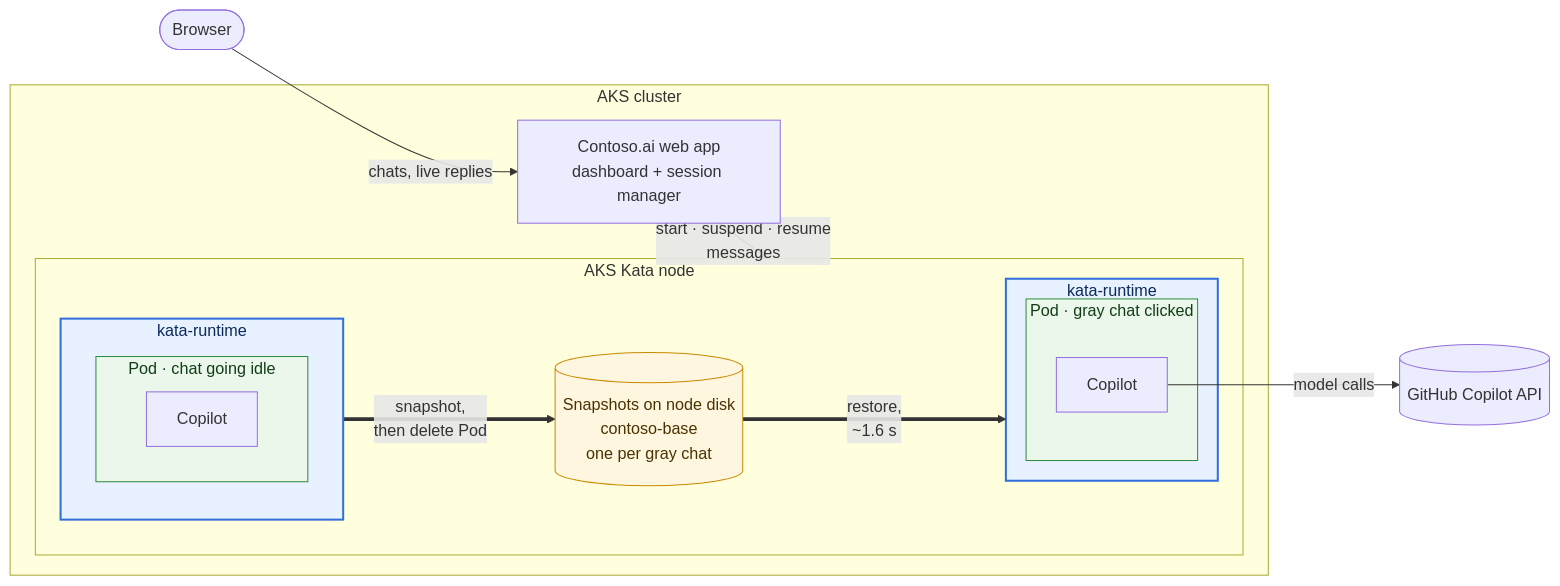
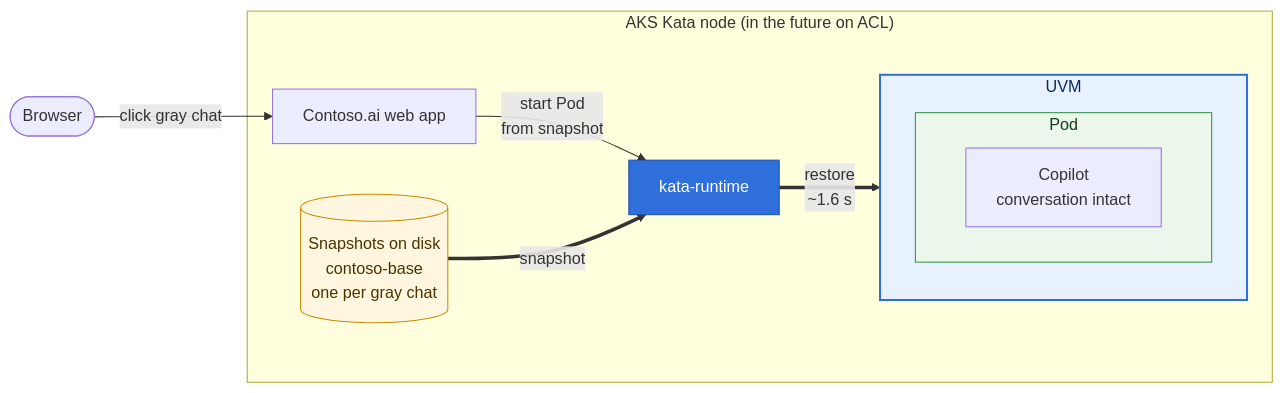
The second of 3 diagrams in contoso/ARCHITECTURE.md (Camelron/agentic-rpmbuild-demo), drawn with Mermaid before and after one commit. The commit also changed other lines of this file and 2 other files, not shown here.

````diff
--- a/contoso/ARCHITECTURE.md
+++ b/contoso/ARCHITECTURE.md
@@ -10,36 +52,29 @@
 ```mermaid
 flowchart LR
     browser(["Browser"])
-    copilot[("GitHub Copilot API")]
 
-    subgraph aks["AKS cluster"]
-        web["Contoso.ai web app<br/>dashboard + session manager"]
-
-        subgraph node["AKS Kata node"]
-            subgraph k1["kata-runtime"]
-                subgraph p1["Pod · chat going idle"]
-                    c1["Copilot"]
-                end
-            end
-            disk[("Snapshots on node disk<br/>contoso-base<br/>one per gray chat")]
-            subgraph k2["kata-runtime"]
-                subgraph p2["Pod · gray chat clicked"]
-                    c2["Copilot"]
-                end
+    subgraph node["AKS Kata node (in the future on ACL)"]
+        web["Contoso.ai web app"]
+        disk[("Snapshots on disk<br/>contoso-base<br/>one per gray chat")]
+        kr["kata-runtime"]
+        subgraph uvm["UVM"]
+            subgraph pod["Pod"]
+                agent["Copilot<br/>conversation intact"]
             end
         end
     end
 
-    browser -->|"chats, live replies"| web
-    web -->|"start · suspend · resume<br/>messages"| node
-    k1 ==>|"snapshot,<br/>then delete Pod"| disk
-    disk ==>|"restore,<br/>~1.6 s"| k2
-    c2 -->|"model calls"| copilot
+    browser -->|"click gray chat"| web
+    web -->|"start Pod<br/>from snapshot"| kr
+    disk ==>|"snapshot"| kr
+    kr ==>|"restore<br/>~1.6 s"| uvm
 
+    classDef runtime fill:#2f6fdb,stroke:#1d4fa8,color:#ffffff
     classDef kata fill:#e8f1ff,stroke:#2f6fdb,stroke-width:2px,color:#0b2a5b
     classDef pod fill:#eaf7ea,stroke:#2e8b3e,color:#123d18
     classDef store fill:#fff6e0,stroke:#c88a00,color:#4a3300
-    class k1,k2 kata
-    class p1,p2 pod
+    class kr runtime
+    class uvm kata
+    class pod pod
     class disk store
 ```
````
